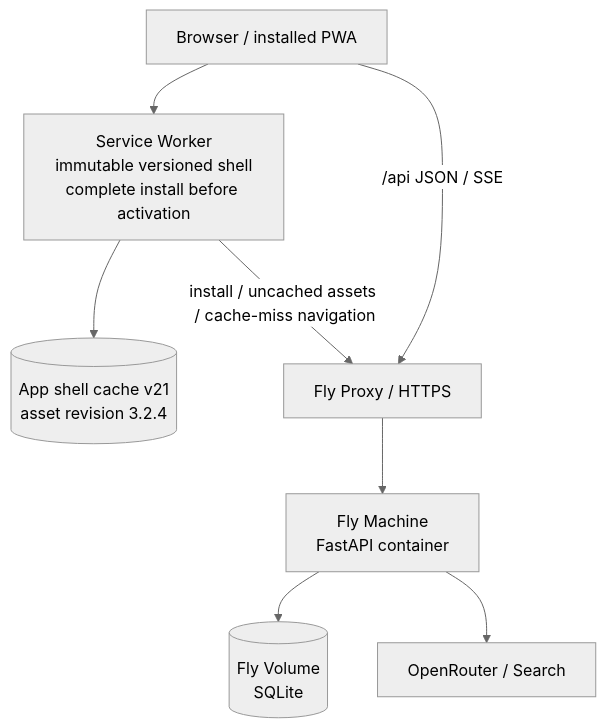
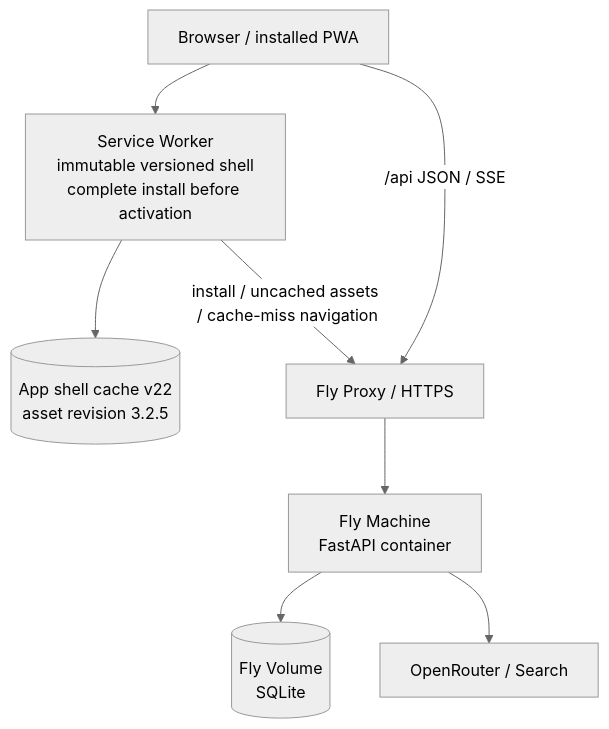
The sixth of 7 diagrams in docs/architecture.md (Teng91/running-shoes), drawn with Mermaid (neutral theme) before and after one commit. The commit also changed other lines of this file and 18 other files, not shown here.

````diff
--- a/docs/architecture.md
+++ b/docs/architecture.md
@@ -246,18 +251,18 @@
 ```mermaid
 flowchart TB
     Browser[Browser / installed PWA]
     SW[Service Worker<br/>immutable versioned shell<br/>complete install before activation]
-    Shell[(App shell cache v21<br/>asset revision 3.2.4)]
+    Shell[(App shell cache v22<br/>asset revision 3.2.5)]
     FlyProxy[Fly Proxy / HTTPS]
     Machine[Fly Machine<br/>FastAPI container]
     Volume[(Fly Volume<br/>SQLite)]
     External[OpenRouter / Search]
 
     Browser --> SW
     SW --> Shell
     SW -->|install / uncached assets / cache-miss navigation| FlyProxy
     Browser -->|/api JSON / SSE| FlyProxy
     FlyProxy --> Machine
     Machine --> Volume
     Machine --> External
 ```
````
